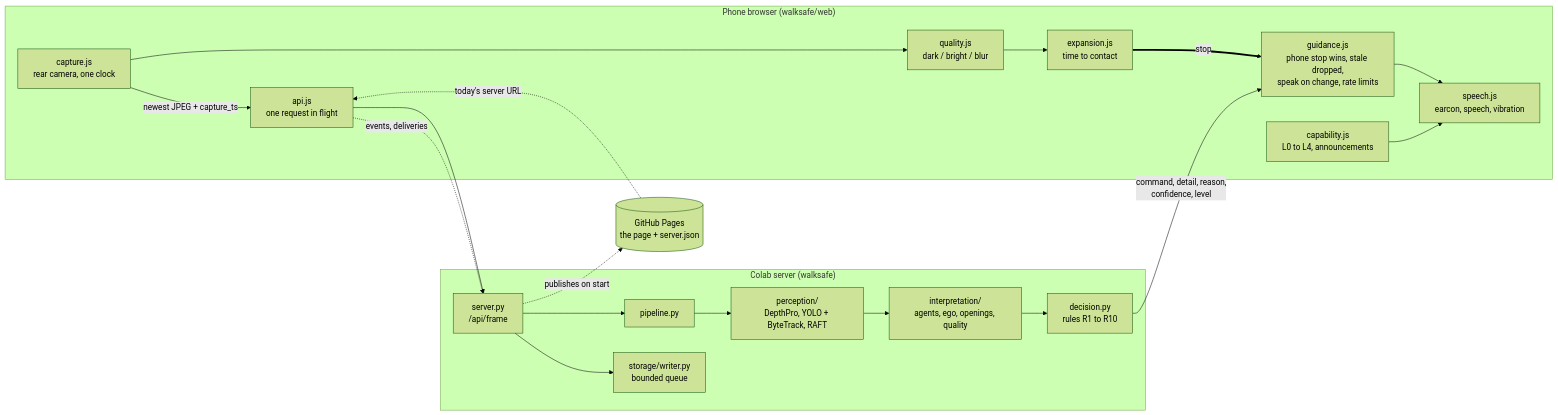
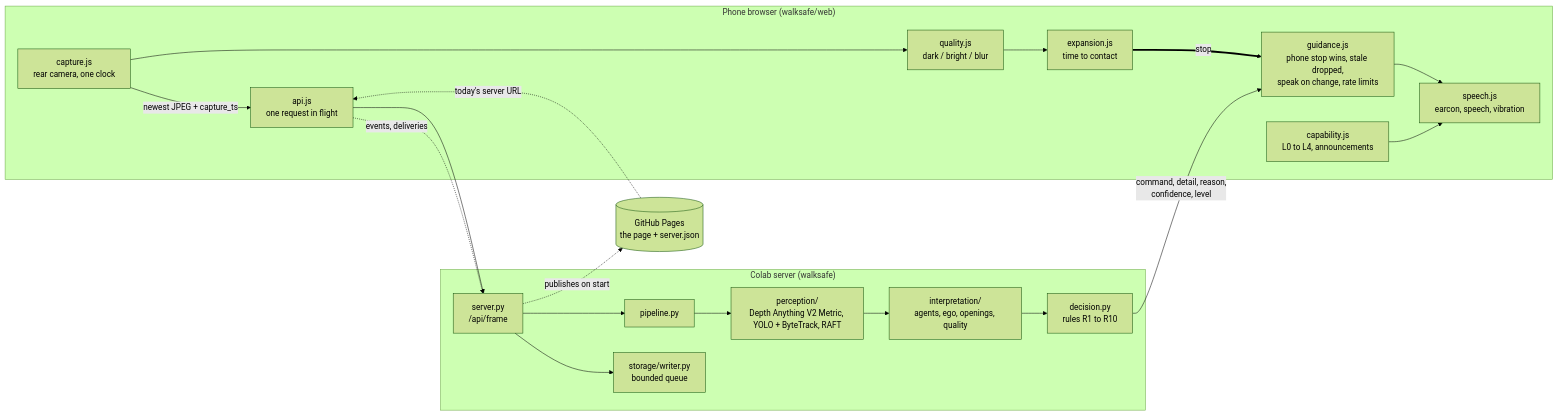
Before and after one commit to shahalam22/WalkSafe: the diagram in docs/architecture.md, drawn with Mermaid (forest theme). The commit also changed other lines of this file and 13 other files, not shown here.

First line of the commit message:
feat(perception): Depth Anything V2 Metric replaces DepthPro by default

````diff
--- a/docs/architecture.md
+++ b/docs/architecture.md
@@ -19,35 +19,35 @@
 ```mermaid
 flowchart LR
     subgraph PHONE["Phone browser (walksafe/web)"]
         CAM["capture.js<br/>rear camera, one clock"]
         Q["quality.js<br/>dark / bright / blur"]
         EXP["expansion.js<br/>time to contact"]
         GUI["guidance.js<br/>phone stop wins, stale dropped,<br/>speak on change, rate limits"]
         CAP["capability.js<br/>L0 to L4, announcements"]
         OUT["speech.js<br/>earcon, speech, vibration"]
         API["api.js<br/>one request in flight"]
         CAM --> Q --> EXP
         EXP ==>|stop| GUI
         GUI --> OUT
         CAP --> OUT
     end
 
     subgraph SERVER["Colab server (walksafe)"]
         SRV["server.py<br/>/api/frame"]
         PIPE["pipeline.py"]
-        PER["perception/<br/>DepthPro, YOLO + ByteTrack, RAFT"]
+        PER["perception/<br/>Depth Anything V2 Metric, YOLO + ByteTrack, RAFT"]
         INT["interpretation/<br/>agents, ego, openings, quality"]
         DEC["decision.py<br/>rules R1 to R10"]
         LOG["storage/writer.py<br/>bounded queue"]
         SRV --> PIPE --> PER --> INT --> DEC
         SRV --> LOG
     end
 
     PAGES[("GitHub Pages<br/>the page + server.json")]
 
     CAM -->|newest JPEG + capture_ts| API --> SRV
     DEC -->|command, detail, reason,<br/>confidence, level| GUI
     API -.->|events, deliveries| SRV
     PAGES -.->|today's server URL| API
     SRV -.->|publishes on start| PAGES
 ```
````
